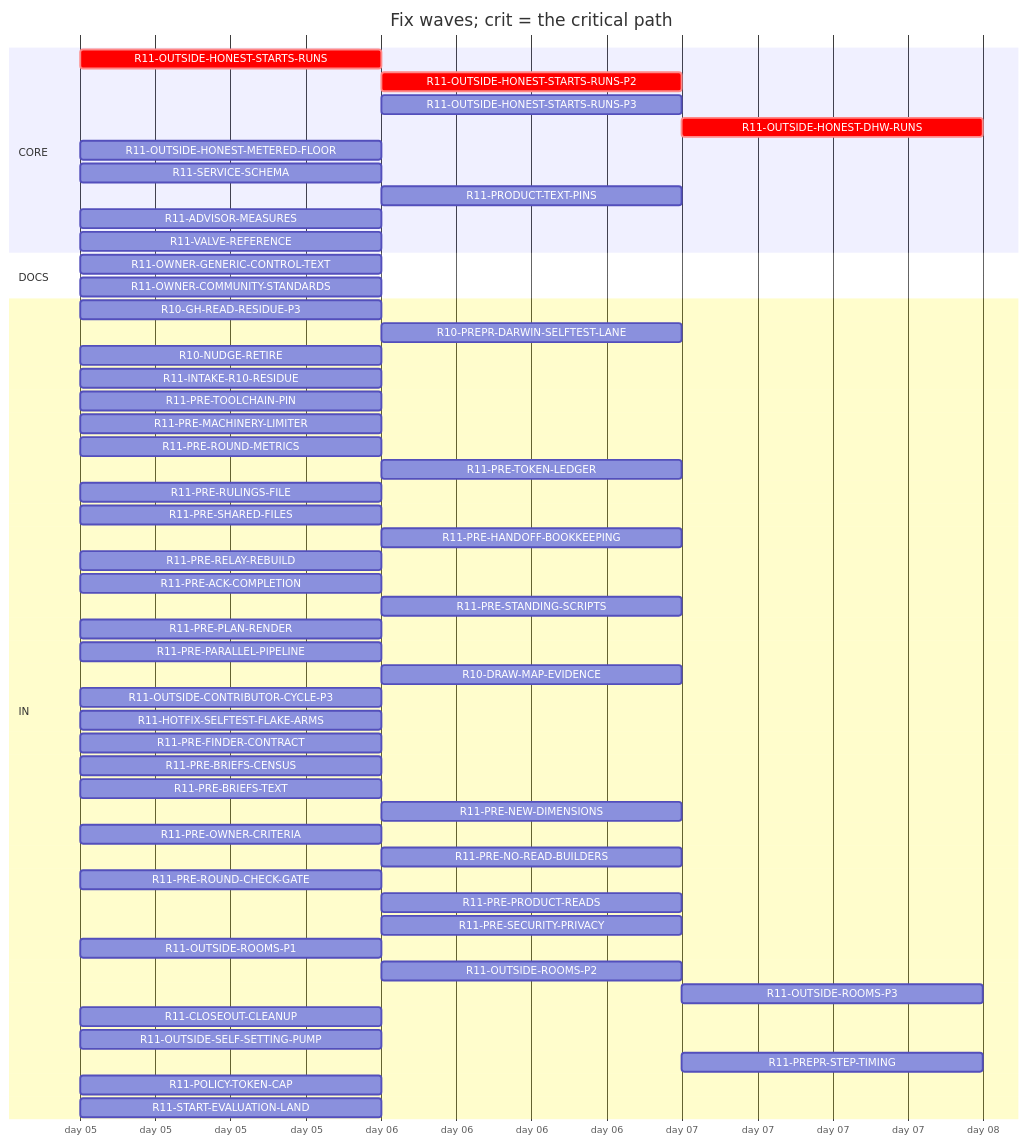
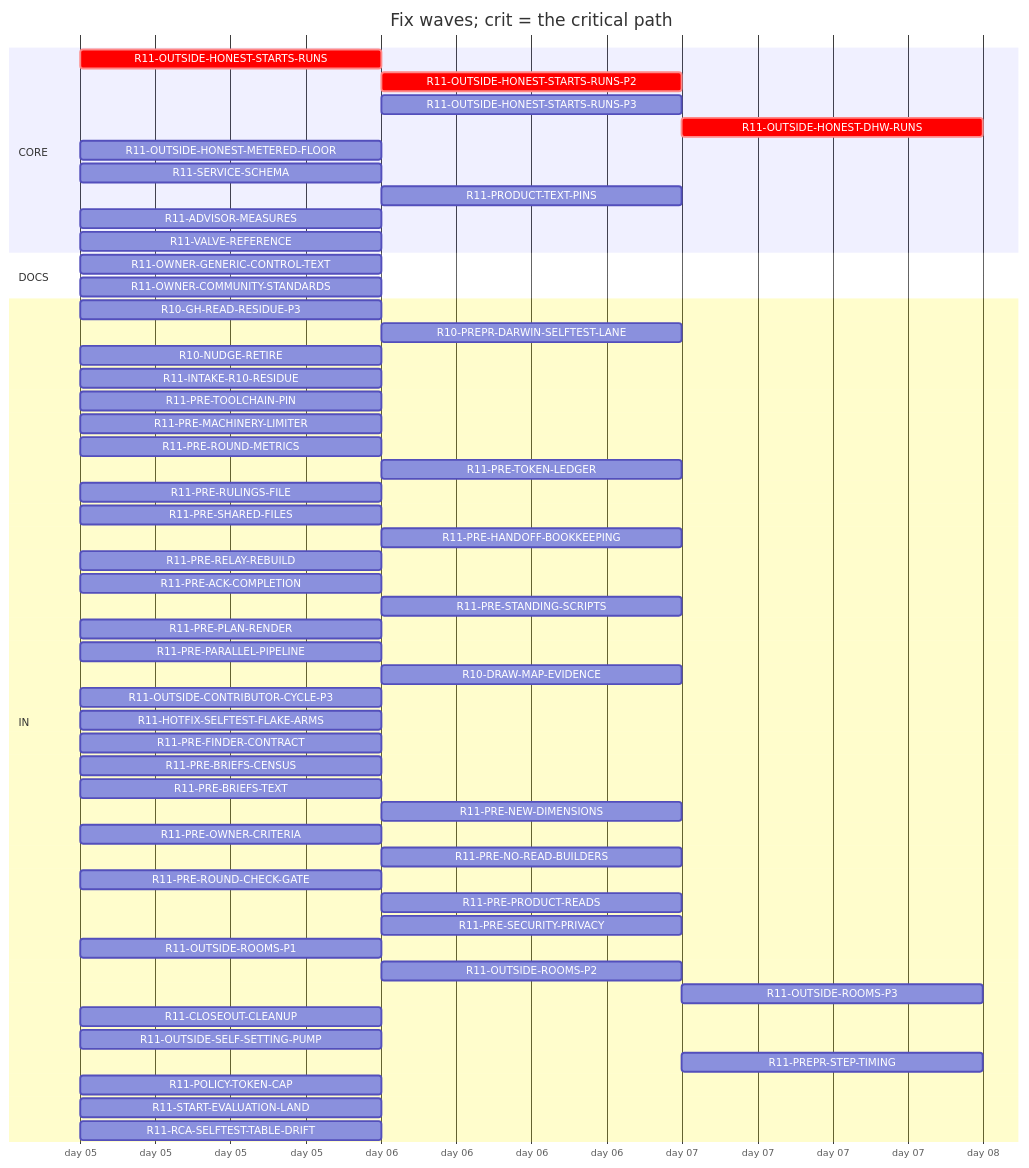
The diagram in handoff/round11/state/PLAN-TABLE.md (tvofi/heatpump_optimizer), drawn with Mermaid before and after one commit. The commit also changed other lines of this file and 3 other files, not shown here.

Commit message:
state: FLOW-BOARD.md, NEXT-SESSION-PROMPT.md, PLAN-TABLE.md, RESUME-CURRENT.md regenerated (state_docs.py)

````diff
--- a/handoff/round11/state/PLAN-TABLE.md
+++ b/handoff/round11/state/PLAN-TABLE.md
@@ -16,56 +16,57 @@
 ```mermaid
 gantt
   title Fix waves; crit = the critical path
   dateFormat YYYY-MM-DD
   axisFormat day %d
   section CORE
     R11-OUTSIDE-HONEST-STARTS-RUNS :crit, r11OUTSIDEHONESTSTARTSRUNS, 2026-01-05, 1d
     R11-OUTSIDE-HONEST-STARTS-RUNS-P2 :crit, r11OUTSIDEHONESTSTARTSRUNSP2, after r11OUTSIDEHONESTSTARTSRUNS, 1d
     R11-OUTSIDE-HONEST-STARTS-RUNS-P3 :r11OUTSIDEHONESTSTARTSRUNSP3, after r11OUTSIDEHONESTSTARTSRUNS, 1d
     R11-OUTSIDE-HONEST-DHW-RUNS :crit, r11OUTSIDEHONESTDHWRUNS, after r11OUTSIDEHONESTSTARTSRUNS r11OUTSIDEHONESTSTARTSRUNSP2, 1d
     R11-OUTSIDE-HONEST-METERED-FLOOR :r11OUTSIDEHONESTMETEREDFLOOR, 2026-01-05, 1d
     R11-SERVICE-SCHEMA :r11SERVICESCHEMA, 2026-01-05, 1d
     R11-PRODUCT-TEXT-PINS :r11PRODUCTTEXTPINS, after r11OUTSIDEROOMSP1, 1d
     R11-ADVISOR-MEASURES :r11ADVISORMEASURES, 2026-01-05, 1d
     R11-VALVE-REFERENCE :r11VALVEREFERENCE, 2026-01-05, 1d
   section DOCS
     R11-OWNER-GENERIC-CONTROL-TEXT :r11OWNERGENERICCONTROLTEXT, 2026-01-05, 1d
     R11-OWNER-COMMUNITY-STANDARDS :r11OWNERCOMMUNITYSTANDARDS, 2026-01-05, 1d
   section IN
     R10-GH-READ-RESIDUE-P3 :r10GHREADRESIDUEP3, 2026-01-05, 1d
     R10-PREPR-DARWIN-SELFTEST-LANE :r10PREPRDARWINSELFTESTLANE, after r10GHREADRESIDUEP3, 1d
     R10-NUDGE-RETIRE :r10NUDGERETIRE, 2026-01-05, 1d
     R11-INTAKE-R10-RESIDUE :r11INTAKER10RESIDUE, 2026-01-05, 1d
     R11-PRE-TOOLCHAIN-PIN :r11PRETOOLCHAINPIN, 2026-01-05, 1d
     R11-PRE-MACHINERY-LIMITER :r11PREMACHINERYLIMITER, 2026-01-05, 1d
     R11-PRE-ROUND-METRICS :r11PREROUNDMETRICS, 2026-01-05, 1d
     R11-PRE-TOKEN-LEDGER :r11PRETOKENLEDGER, after r10GHREADRESIDUEP3, 1d
     R11-PRE-RULINGS-FILE :r11PRERULINGSFILE, 2026-01-05, 1d
     R11-PRE-SHARED-FILES :r11PRESHAREDFILES, 2026-01-05, 1d
     R11-PRE-HANDOFF-BOOKKEEPING :r11PREHANDOFFBOOKKEEPING, after r11PRERELAYREBUILD, 1d
     R11-PRE-RELAY-REBUILD :r11PRERELAYREBUILD, 2026-01-05, 1d
     R11-PRE-ACK-COMPLETION :r11PREACKCOMPLETION, 2026-01-05, 1d
     R11-PRE-STANDING-SCRIPTS :r11PRESTANDINGSCRIPTS, after r11PREPARALLELPIPELINE, 1d
     R11-PRE-PLAN-RENDER :r11PREPLANRENDER, 2026-01-05, 1d
     R11-PRE-PARALLEL-PIPELINE :r11PREPARALLELPIPELINE, 2026-01-05, 1d
     R10-DRAW-MAP-EVIDENCE :r10DRAWMAPEVIDENCE, after r11OUTSIDESELFSETTINGPUMP, 1d
     R11-OUTSIDE-CONTRIBUTOR-CYCLE-P3 :r11OUTSIDECONTRIBUTORCYCLEP3, 2026-01-05, 1d
     R11-HOTFIX-SELFTEST-FLAKE-ARMS :r11HOTFIXSELFTESTFLAKEARMS, 2026-01-05, 1d
     R11-PRE-FINDER-CONTRACT :r11PREFINDERCONTRACT, 2026-01-05, 1d
     R11-PRE-BRIEFS-CENSUS :r11PREBRIEFSCENSUS, 2026-01-05, 1d
     R11-PRE-BRIEFS-TEXT :r11PREBRIEFSTEXT, 2026-01-05, 1d
     R11-PRE-NEW-DIMENSIONS :r11PRENEWDIMENSIONS, after r11PREFINDERCONTRACT r11PREBRIEFSCENSUS, 1d
     R11-PRE-OWNER-CRITERIA :r11PREOWNERCRITERIA, 2026-01-05, 1d
     R11-PRE-NO-READ-BUILDERS :r11PRENOREADBUILDERS, after r11PREMACHINERYLIMITER, 1d
     R11-PRE-ROUND-CHECK-GATE :r11PREROUNDCHECKGATE, 2026-01-05, 1d
     R11-PRE-PRODUCT-READS :r11PREPRODUCTREADS, after r11PREBRIEFSCENSUS, 1d
     R11-PRE-SECURITY-PRIVACY :r11PRESECURITYPRIVACY, after r11PREFINDERCONTRACT r11PREBRIEFSCENSUS, 1d
     R11-OUTSIDE-ROOMS-P1 :r11OUTSIDEROOMSP1, 2026-01-05, 1d
     R11-OUTSIDE-ROOMS-P2 :r11OUTSIDEROOMSP2, after r11OUTSIDEROOMSP1, 1d
     R11-OUTSIDE-ROOMS-P3 :r11OUTSIDEROOMSP3, after r11OUTSIDEROOMSP2, 1d
     R11-CLOSEOUT-CLEANUP :r11CLOSEOUTCLEANUP, 2026-01-05, 1d
     R11-OUTSIDE-SELF-SETTING-PUMP :r11OUTSIDESELFSETTINGPUMP, 2026-01-05, 1d
     R11-PREPR-STEP-TIMING :r11PREPRSTEPTIMING, after r10PREPRDARWINSELFTESTLANE, 1d
     R11-POLICY-TOKEN-CAP :r11POLICYTOKENCAP, 2026-01-05, 1d
     R11-START-EVALUATION-LAND :r11STARTEVALUATIONLAND, 2026-01-05, 1d
+    R11-RCA-SELFTEST-TABLE-DRIFT :r11RCASELFTESTTABLEDRIFT, 2026-01-05, 1d
 ```
````
